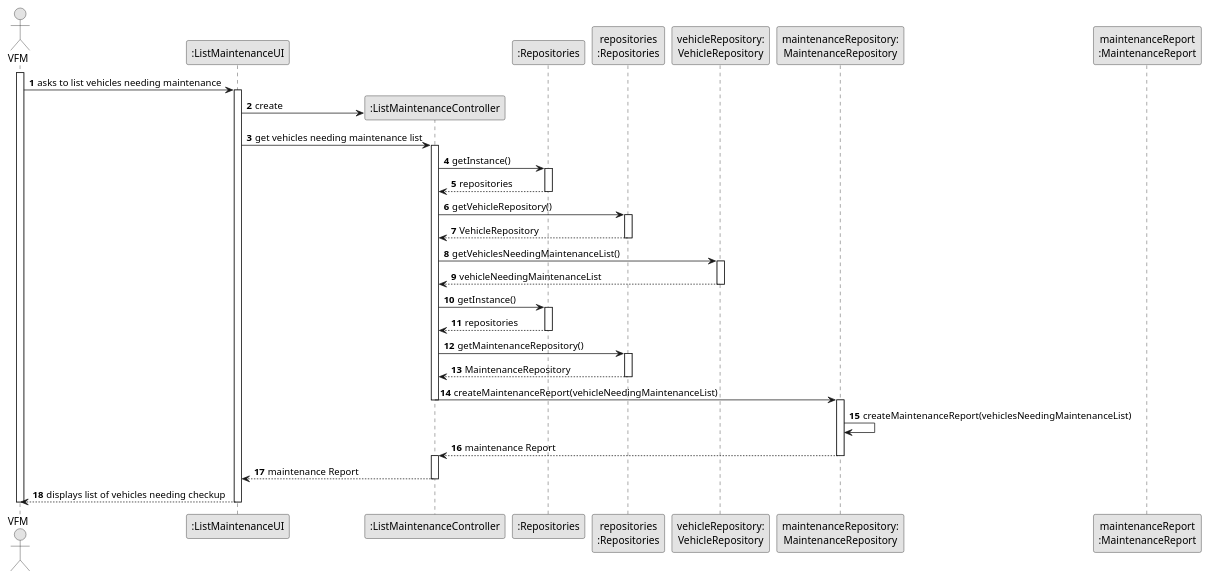
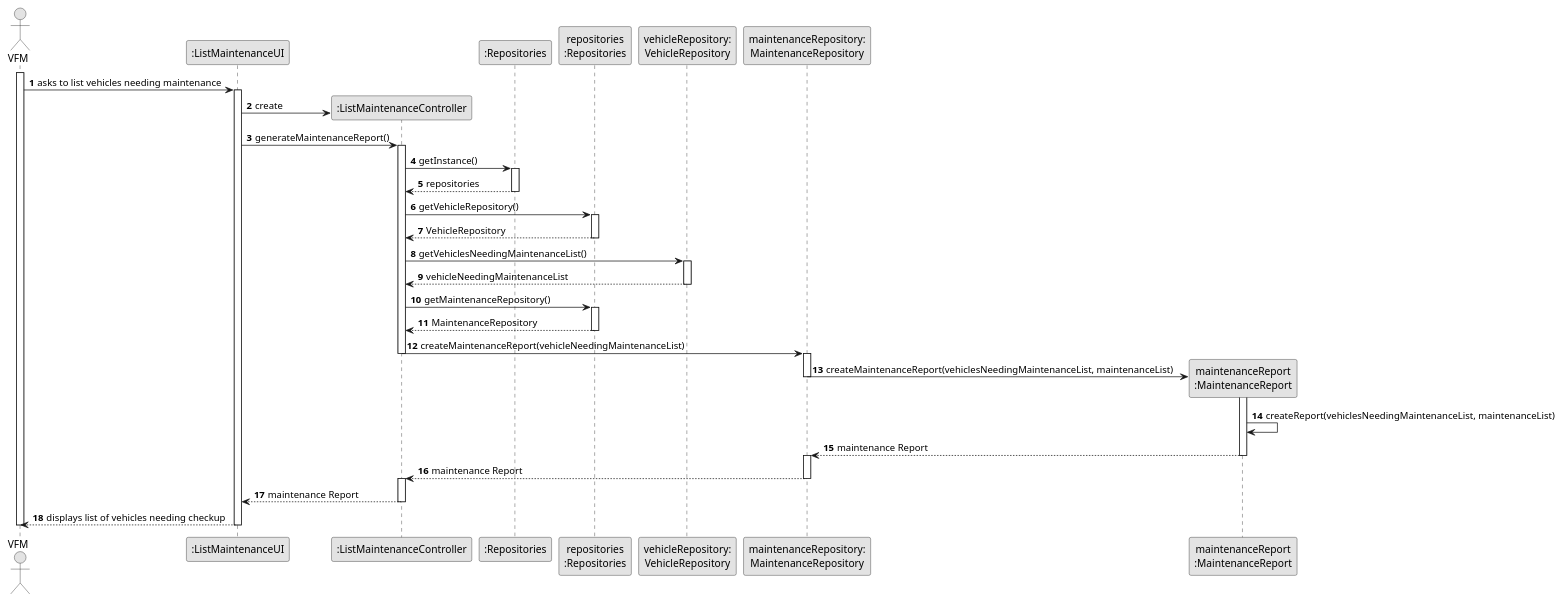
Before and after one commit to ricardomm7/leaflink: the diagram in docs/sprintC/us008/03.design/puml/us008-sequence-diagram-full.puml, drawn with PlantUML. The commit also changed 9 other files, not shown here.

Commit message:
Correct US006 and US008 Design and code coherency; Add MaintenanceReport domain

```diff
--- a/docs/sprintC/us008/03.design/puml/us008-sequence-diagram-full.puml
+++ b/docs/sprintC/us008/03.design/puml/us008-sequence-diagram-full.puml
@@ -1,79 +1,82 @@
 @startuml
 skinparam monochrome true
 skinparam packageStyle rectangle
 skinparam shadowing false
 
 autonumber
 
 'hide footbox
 actor "VFM" as VFM
 participant ":ListMaintenanceUI" as UI
 participant ":ListMaintenanceController" as CTRL
 participant ":Repositories" as RepositorySingleton
 participant "repositories\n:Repositories" as PLAT
 participant "vehicleRepository:\nVehicleRepository" as VehicleRepository
 participant "maintenanceRepository:\nMaintenanceRepository" as MaintenanceRepository
 participant "maintenanceReport\n:MaintenanceReport" as MaintenanceReport
 
 activate VFM
 
     VFM -> UI : asks to list vehicles needing maintenance
     activate UI
 
         UI -> CTRL** : create
 
-        UI -> CTRL : get vehicles needing maintenance list
+        UI -> CTRL : generateMaintenanceReport()
         activate CTRL
 
             CTRL -> RepositorySingleton : getInstance()
             activate RepositorySingleton
 
                 RepositorySingleton --> CTRL: repositories
             deactivate RepositorySingleton
 
             CTRL -> PLAT : getVehicleRepository()
             activate PLAT
 
                 PLAT --> CTRL: VehicleRepository
             deactivate PLAT
 
             CTRL -> VehicleRepository : getVehiclesNeedingMaintenanceList()
             activate VehicleRepository
 
                 VehicleRepository --> CTRL : vehicleNeedingMaintenanceList
             deactivate VehicleRepository
 
 
-                CTRL -> RepositorySingleton : getInstance()
-                activate RepositorySingleton
-
-                    RepositorySingleton --> CTRL: repositories
-                deactivate RepositorySingleton
-
                 CTRL -> PLAT : getMaintenanceRepository()
                 activate PLAT
 
                     PLAT --> CTRL: MaintenanceRepository
                 deactivate PLAT
 
 
                 CTRL -> MaintenanceRepository : createMaintenanceReport(vehicleNeedingMaintenanceList)
                 deactivate CTRL
                 activate MaintenanceRepository
 
-                MaintenanceRepository -> MaintenanceRepository: createMaintenanceReport(vehiclesNeedingMaintenanceList)
+                MaintenanceRepository -> MaintenanceReport**: createMaintenanceReport(vehiclesNeedingMaintenanceList, maintenanceList)
+                deactivate MaintenanceRepository
+                activate MaintenanceReport
+
+                     MaintenanceReport -> MaintenanceReport: createReport(vehiclesNeedingMaintenanceList, maintenanceList)
+
+
+                MaintenanceReport --> MaintenanceRepository: maintenance Report
+                deactivate MaintenanceReport
+                activate MaintenanceRepository
 
                 MaintenanceRepository --> CTRL : maintenance Report
                 deactivate MaintenanceRepository
 
             activate CTRL
 
             CTRL --> UI : maintenance Report
             deactivate CTRL
 
         UI --> VFM : displays list of vehicles needing checkup
     deactivate UI
 
 deactivate VFM
 
 @enduml
```
